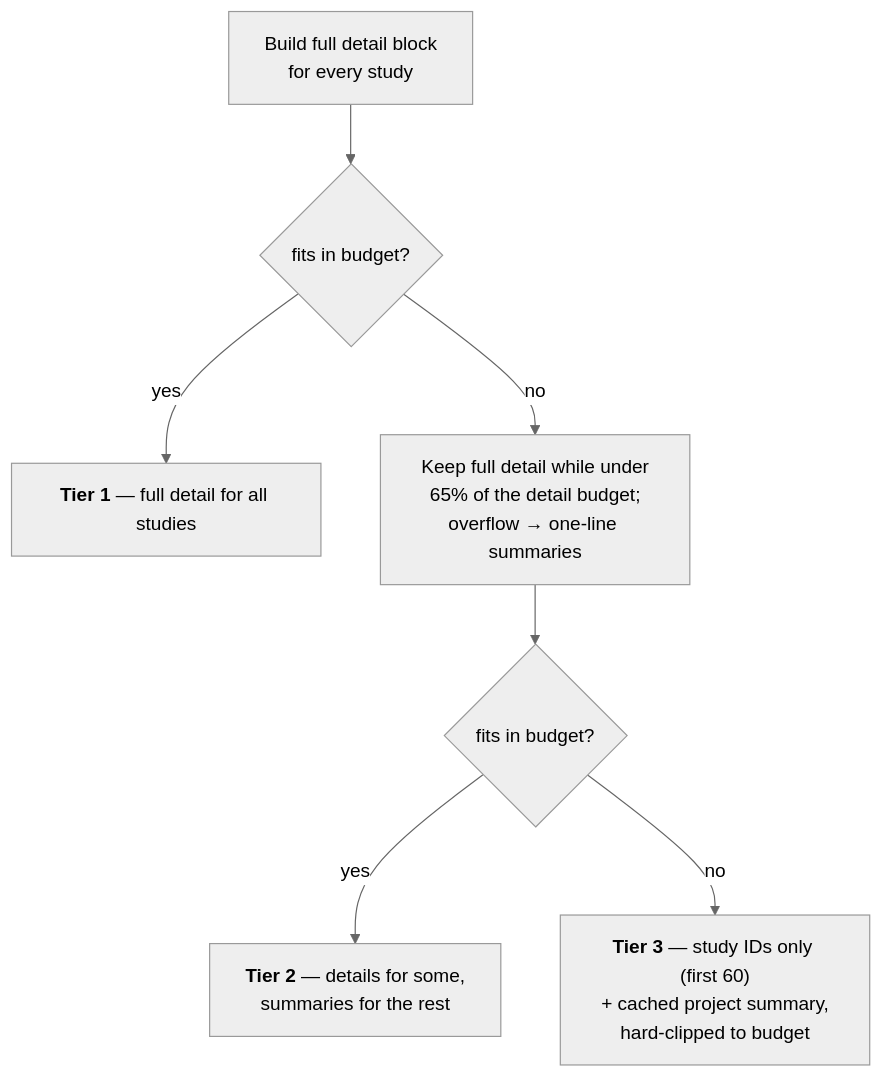
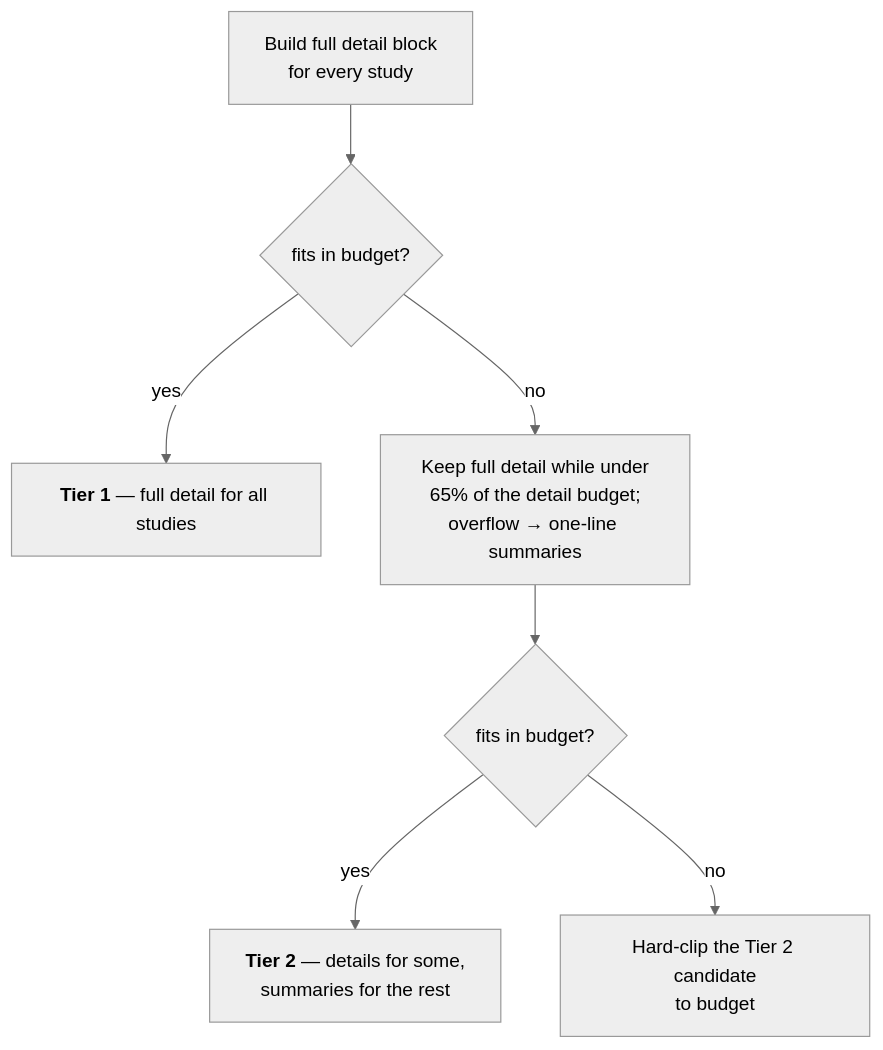
One commit to dhruvviveksharma/QiitaExplore changed the diagram in docs/03-data-access-and-caching.md. Above: the diagram before and after it, drawn with Mermaid (neutral theme). The commit also changed other lines of this file and 12 other files, not shown here.

Commit message:
Removed tier 3 study caching limited projects to 20 studies

````diff
--- a/docs/03-data-access-and-caching.md
+++ b/docs/03-data-access-and-caching.md
@@ -155,9 +155,9 @@
 ```mermaid
 flowchart TB
     A["Build full detail block<br/>for every study"] --> B{"fits in budget?"}
     B -->|yes| T1["<b>Tier 1</b> — full detail for all studies"]
     B -->|no| C["Keep full detail while under<br/>65% of the detail budget;<br/>overflow → one-line summaries"]
     C --> D{"fits in budget?"}
     D -->|yes| T2["<b>Tier 2</b> — details for some,<br/>summaries for the rest"]
-    D -->|no| T3["<b>Tier 3</b> — study IDs only (first 60)<br/>+ cached project summary,<br/>hard-clipped to budget"]
+    D -->|no| T3["Hard-clip the Tier 2 candidate<br/>to budget"]
 ```
````
